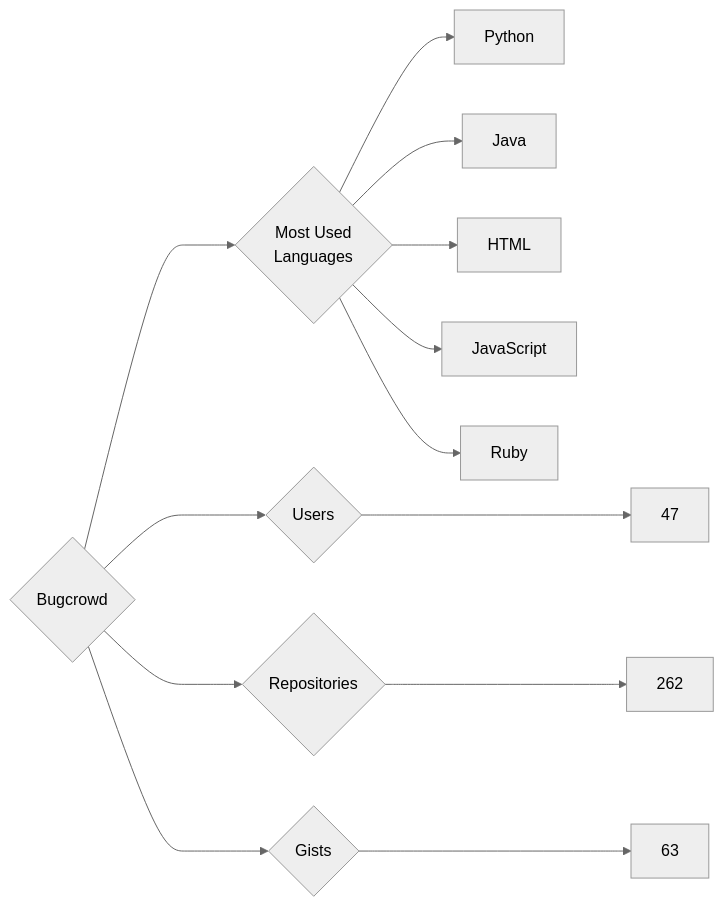
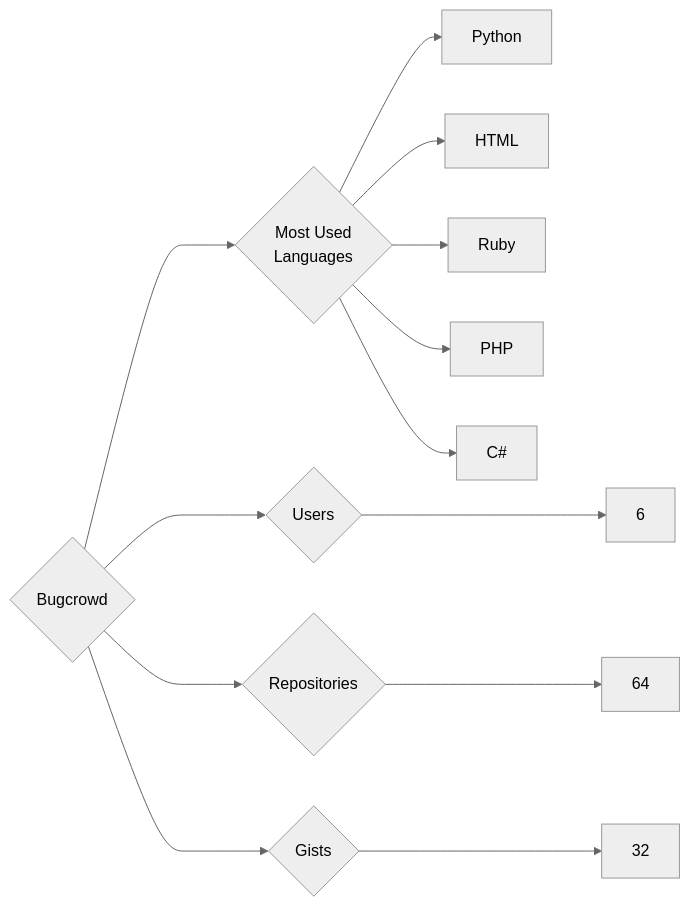
The diagram in targets/Bugcrowd/README.md (trickest/insiders), drawn with Mermaid (neutral theme) before and after one commit. The commit also changed 888 other files, not shown here.

````diff
--- a/targets/Bugcrowd/README.md
+++ b/targets/Bugcrowd/README.md
@@ -3,13 +3,13 @@
 ```mermaid
 graph LR
 COMPANY_NAME{Bugcrowd}
-COMPANY_NAME ---> U{Users} ---> UN[47]
-COMPANY_NAME ---> R{Repositories} ---> RN[262]
-COMPANY_NAME ---> G{Gists} ---> GN[63]
+COMPANY_NAME ---> U{Users} ---> UN[6]
+COMPANY_NAME ---> R{Repositories} ---> RN[64]
+COMPANY_NAME ---> G{Gists} ---> GN[32]
 COMPANY_NAME ---> ML{Most Used<br>Languages}
 ML --> Python[Python]
-ML --> Java[Java]
 ML --> HTML[HTML]
-ML --> JavaScript[JavaScript]
 ML --> Ruby[Ruby]
+ML --> PHP[PHP]
+ML --> C#[C#]
 ```
````
